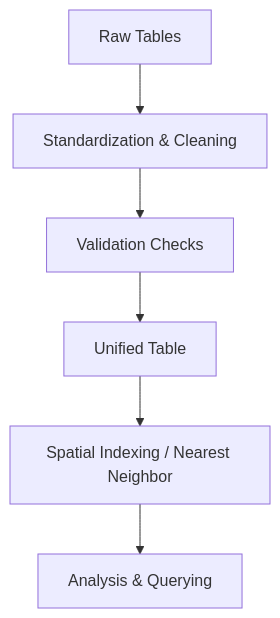
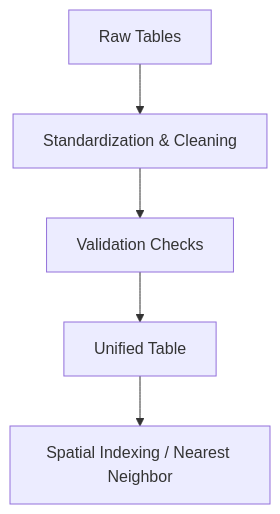
The diagram in README.md (BiancaNiemann/Unified_Table_Data_Standardization_and_Indexing), drawn with Mermaid before and after one commit. The commit also changed other lines of this file, not shown here.

````diff
--- a/README.md
+++ b/README.md
@@ -55,8 +55,7 @@
 ```mermaid
 flowchart TD
     A[Raw Tables] --> B[Standardization & Cleaning]
     B --> C[Validation Checks]
     C --> D[Unified Table]
     D --> E[Spatial Indexing / Nearest Neighbor]
-    E --> F[Analysis & Querying]
 ```
````
